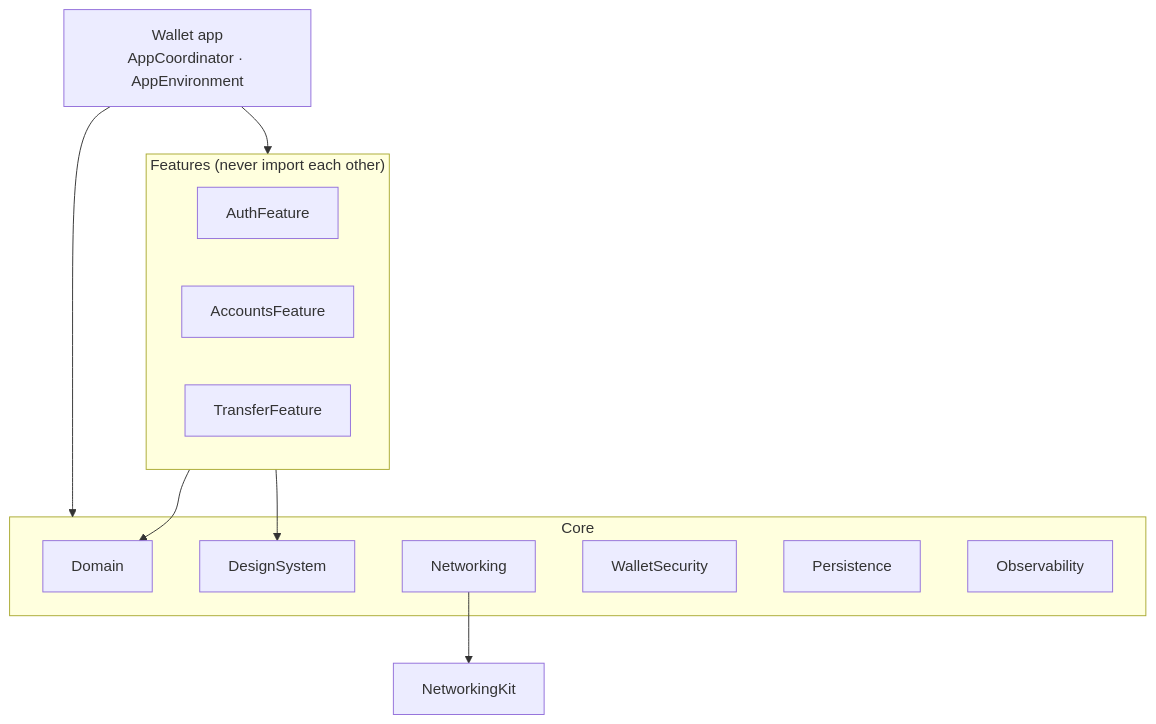
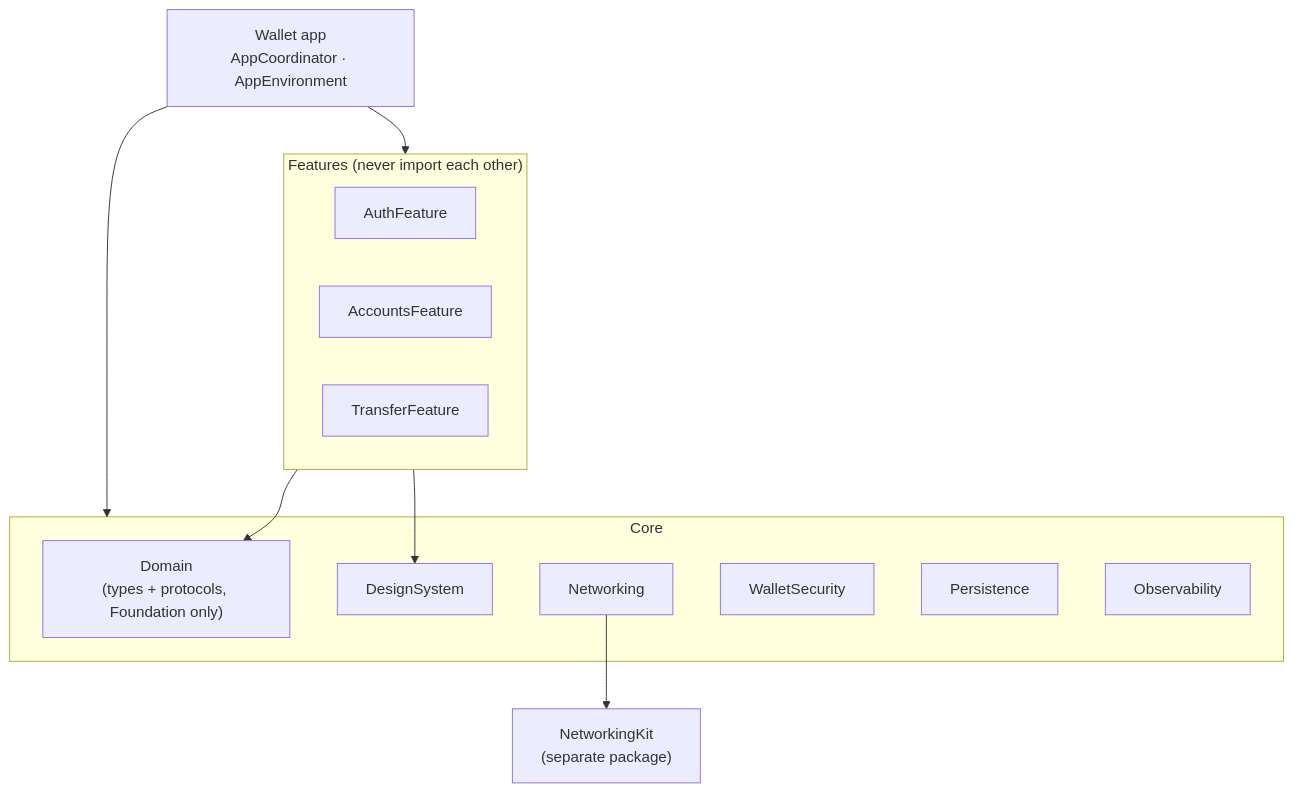
Before and after one commit to jowong123/BankingAppSwiftUI: the first of 3 diagrams in README.md, drawn with Mermaid. The commit also changed other lines of this file, not shown here.

````diff
--- a/README.md
+++ b/README.md
@@ -220,22 +28,22 @@
 ```mermaid
 flowchart TD
     App["Wallet app<br/>AppCoordinator · AppEnvironment"]
     subgraph Features["Features (never import each other)"]
         Auth[AuthFeature]
         Acc[AccountsFeature]
         Tr[TransferFeature]
     end
     subgraph Core
-        Domain
+        Domain["Domain<br/>(types + protocols, Foundation only)"]
         DesignSystem
         Networking
         WalletSecurity
         Persistence
         Observability
     end
     App --> Features
     App --> Core
     Features --> Domain
     Features --> DesignSystem
-    Networking --> NetworkingKit
+    Networking --> NetworkingKit["NetworkingKit<br/>(separate package)"]
 ```
````
